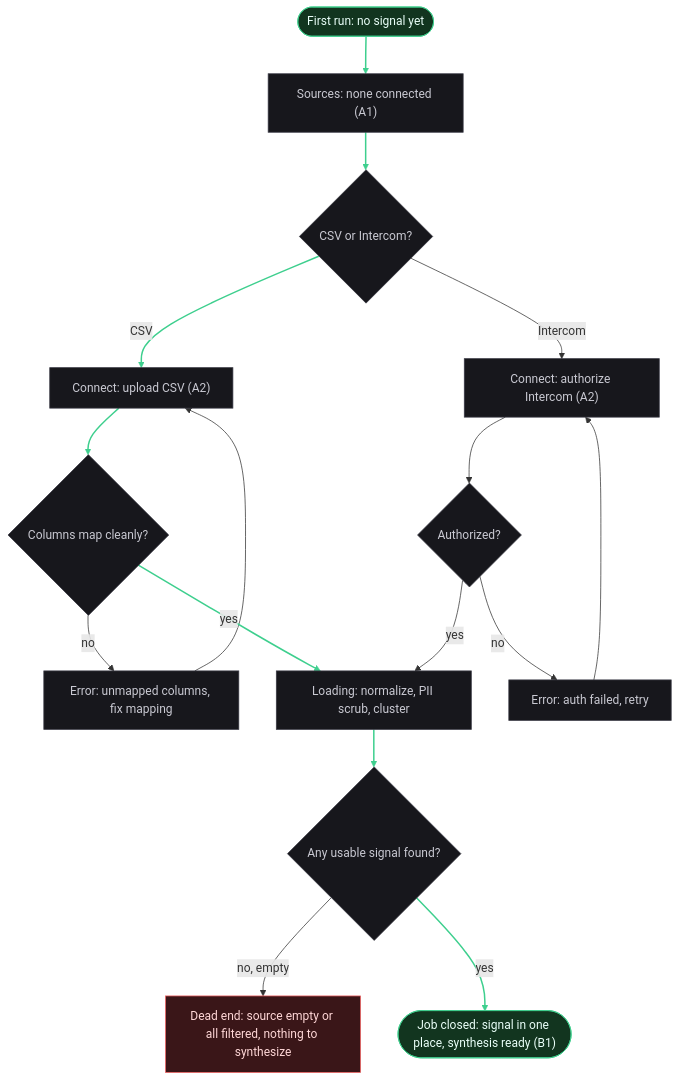
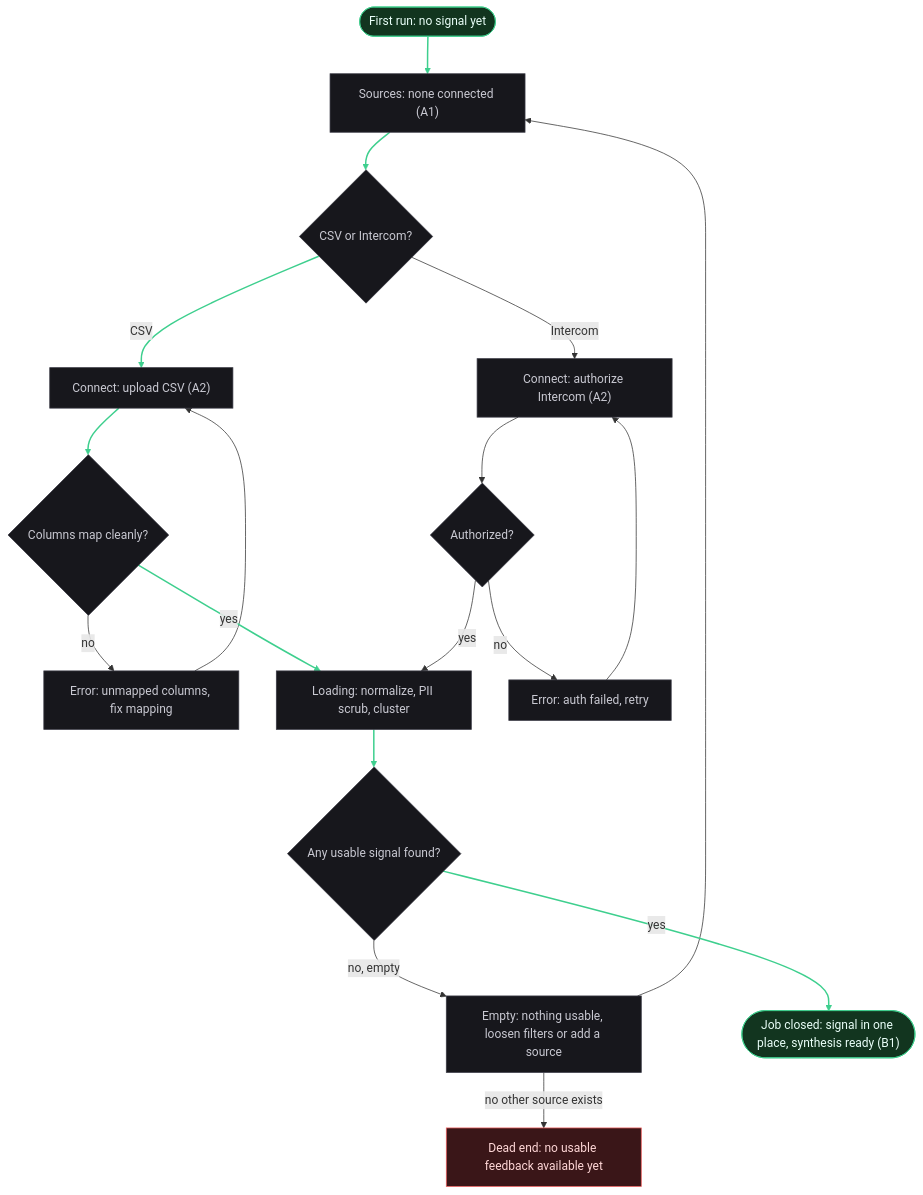
Before and after one commit to sergiodesign4u-dot/sift: the second of 5 diagrams in ia/docs/flows.md, drawn with Mermaid. The commit also changed other lines of this file and 1 other file, not shown here.

First line of the commit message:
IA Basic Layer (Step 6): critique #1 fixes - tighten dead-ends, add source-unavailable state

````diff
--- a/ia/docs/flows.md
+++ b/ia/docs/flows.md
@@ -66,26 +71,28 @@
 ```mermaid
 flowchart TD
     Start(["First run: no signal yet"]) --> Sources["Sources: none connected (A1)"]
     Sources --> Pick{"CSV or Intercom?"}
     Pick -->|CSV| Upload["Connect: upload CSV (A2)"]
     Upload --> Map{"Columns map cleanly?"}
     Map -->|no| MapErr["Error: unmapped columns, fix mapping"]
     MapErr --> Upload
     Map -->|yes| Ingesting["Loading: normalize, PII scrub, cluster"]
     Pick -->|Intercom| OAuth["Connect: authorize Intercom (A2)"]
     OAuth --> Auth{"Authorized?"}
     Auth -->|no| AuthErr["Error: auth failed, retry"]
     AuthErr --> OAuth
     Auth -->|yes| Ingesting
     Ingesting --> Enough{"Any usable signal found?"}
-    Enough -->|no, empty| EmptyDead["Dead end: source empty or all filtered, nothing to synthesize"]
+    Enough -->|no, empty| Empty["Empty: nothing usable, loosen filters or add a source"]
+    Empty --> Sources
+    Empty -->|no other source exists| NoData["Dead end: no usable feedback available yet"]
     Enough -->|yes| Synth(["Job closed: signal in one place, synthesis ready (B1)"])
 
     classDef success fill:#12351f,stroke:#3ecf8e,color:#eafff9;
     classDef dead fill:#3a1618,stroke:#f06060,color:#ffd7d7;
     classDef neutral fill:#17171c,stroke:#3a3a45,color:#c9c9d2;
     class Start,Synth success;
-    class EmptyDead dead;
-    class Sources,Pick,Upload,Map,MapErr,Ingesting,OAuth,Auth,AuthErr,Enough neutral;
-    linkStyle 0,1,2,3,6,12,14 stroke:#3ecf8e,stroke-width:2px;
+    class NoData dead;
+    class Sources,Pick,Upload,Map,MapErr,Ingesting,OAuth,Auth,AuthErr,Enough,Empty neutral;
+    linkStyle 0,1,2,3,6,12,16 stroke:#3ecf8e,stroke-width:2px;
 ```
````
